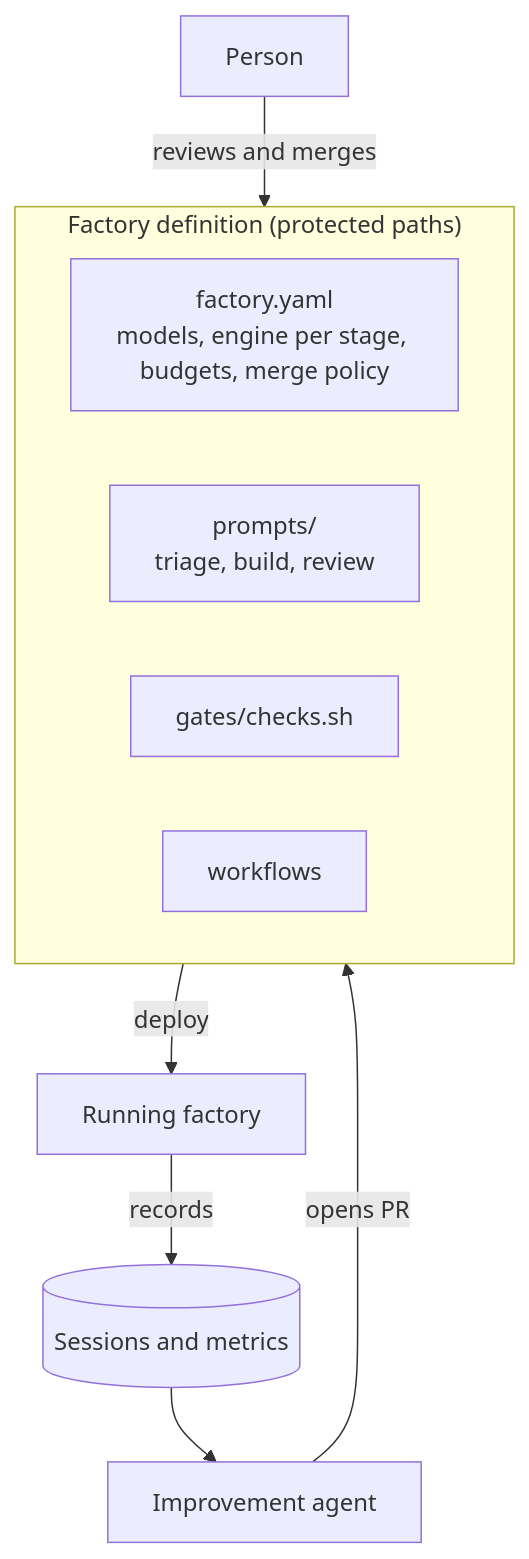
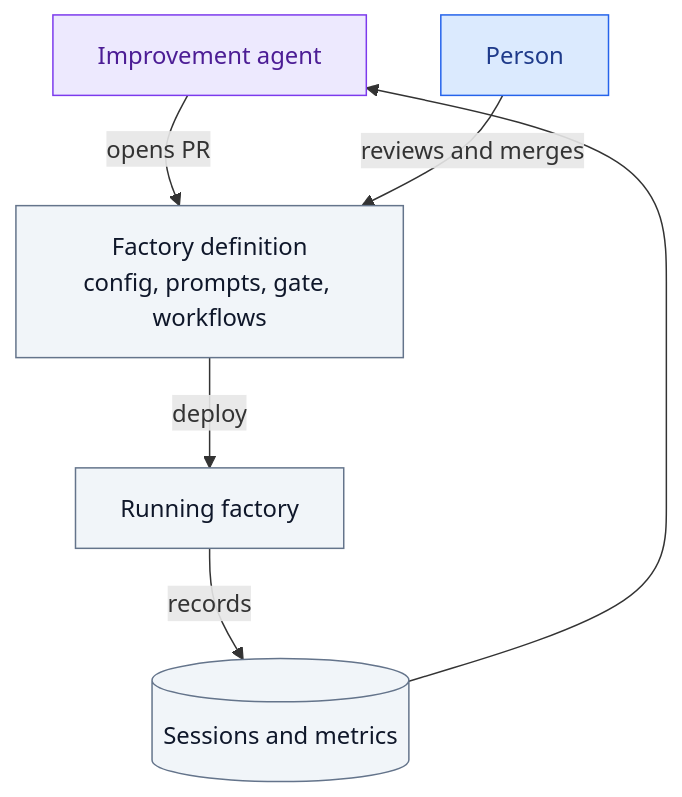
The diagram in docs/08-self-improvement/factory-as-code.md (icelink-ai/software-factory-manifesto), drawn with Mermaid before and after one commit. The commit also changed other lines of this file and 73 other files, not shown here.

````diff
--- a/docs/08-self-improvement/factory-as-code.md
+++ b/docs/08-self-improvement/factory-as-code.md
@@ -27,14 +42,13 @@
 ```mermaid
 flowchart TB
-    subgraph Repo["Factory definition (protected paths)"]
-        Y["factory.yaml<br/>models, engine per stage, budgets, merge policy"]
-        P["prompts/<br/>triage, build, review"]
-        G["gates/checks.sh"]
-        W["workflows"]
-    end
-    AG["Improvement agent"] -->|opens PR| Repo
-    PER["Person"] -->|reviews and merges| Repo
-    Repo -->|deploy| F["Running factory"]
-    F -->|records| SOR[(Sessions and metrics)]
+    AG["Improvement agent"]:::agent -->|opens PR| DEF["Factory definition<br/>config, prompts, gate, workflows"]:::script
+    PER["Person"]:::person -->|reviews and merges| DEF
+    DEF -->|deploy| F["Running factory"]:::script
+    F -->|records| SOR[("Sessions and metrics")]:::script
     SOR --> AG
+    classDef person fill:#dbeafe,stroke:#2563eb,color:#1e3a8a
+    classDef script fill:#f1f5f9,stroke:#64748b,color:#0f172a
+    classDef agent fill:#ede9fe,stroke:#7c3aed,color:#4c1d95
+    classDef state fill:#dcfce7,stroke:#16a34a,color:#14532d
+    classDef stop fill:#ffedd5,stroke:#ea580c,color:#7c2d12
 ```
````
